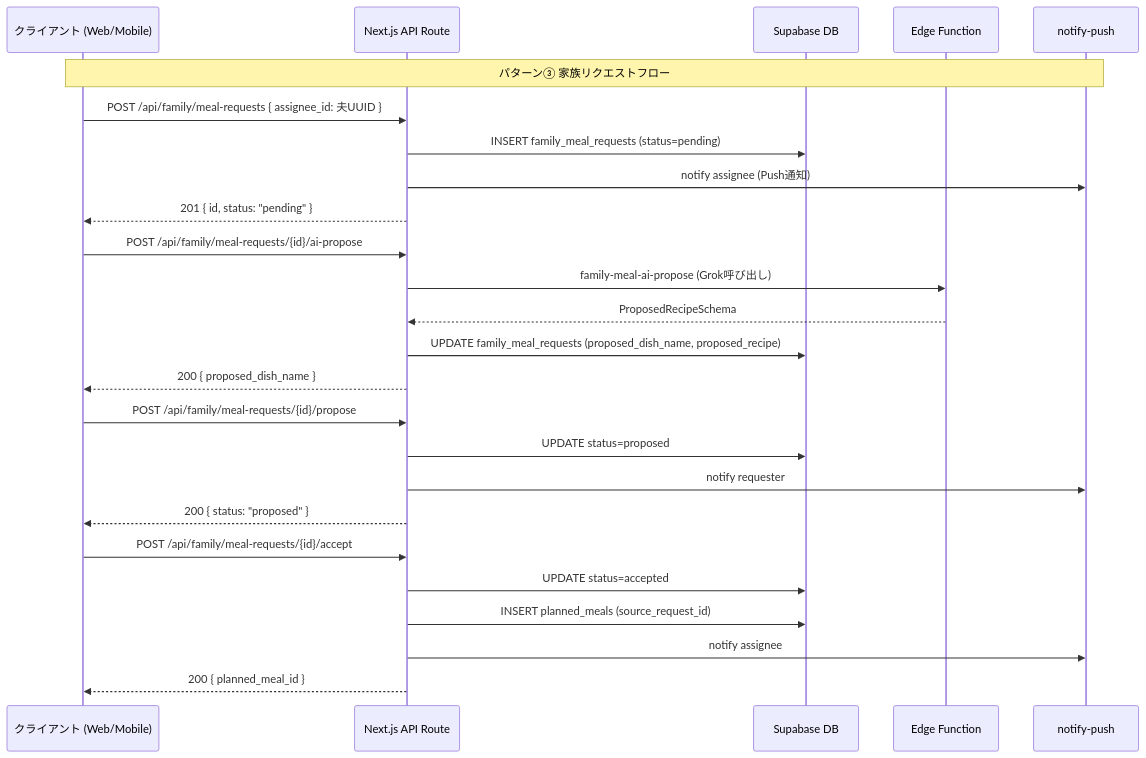
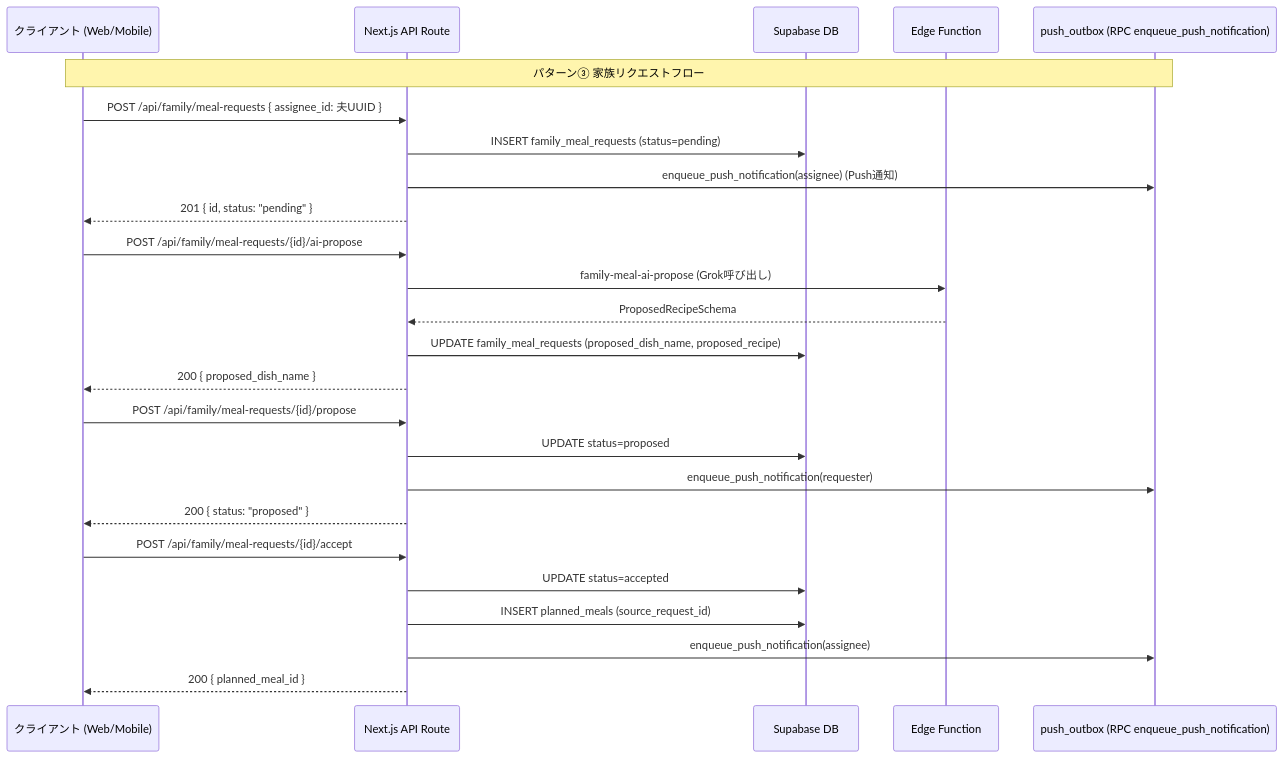
One commit to DaisukeHori/homegohan-app changed the diagram in docs/design/family/02-api-spec.md. Above: the diagram before and after it, drawn with Mermaid. The commit also changed other lines of this file and 10 other files, not shown here.

````diff
--- a/docs/design/family/02-api-spec.md
+++ b/docs/design/family/02-api-spec.md
@@ -1166,31 +1166,31 @@
 ```mermaid
 sequenceDiagram
   participant Client as クライアント (Web/Mobile)
   participant API as Next.js API Route
   participant DB as Supabase DB
   participant EF as Edge Function
-  participant Push as notify-push
+  participant Push as push_outbox (RPC enqueue_push_notification)
 
   Note over Client,Push: パターン③ 家族リクエストフロー
   Client->>API: POST /api/family/meal-requests { assignee_id: 夫UUID }
   API->>DB: INSERT family_meal_requests (status=pending)
-  API->>Push: notify assignee (Push通知)
+  API->>Push: enqueue_push_notification(assignee) (Push通知)
   API-->>Client: 201 { id, status: "pending" }
 
   Client->>API: POST /api/family/meal-requests/{id}/ai-propose
   API->>EF: family-meal-ai-propose (Grok呼び出し)
   EF-->>API: ProposedRecipeSchema
   API->>DB: UPDATE family_meal_requests (proposed_dish_name, proposed_recipe)
   API-->>Client: 200 { proposed_dish_name }
 
   Client->>API: POST /api/family/meal-requests/{id}/propose
   API->>DB: UPDATE status=proposed
-  API->>Push: notify requester
+  API->>Push: enqueue_push_notification(requester)
   API-->>Client: 200 { status: "proposed" }
 
   Client->>API: POST /api/family/meal-requests/{id}/accept
   API->>DB: UPDATE status=accepted
   API->>DB: INSERT planned_meals (source_request_id)
-  API->>Push: notify assignee
+  API->>Push: enqueue_push_notification(assignee)
   API-->>Client: 200 { planned_meal_id }
 ```
````
